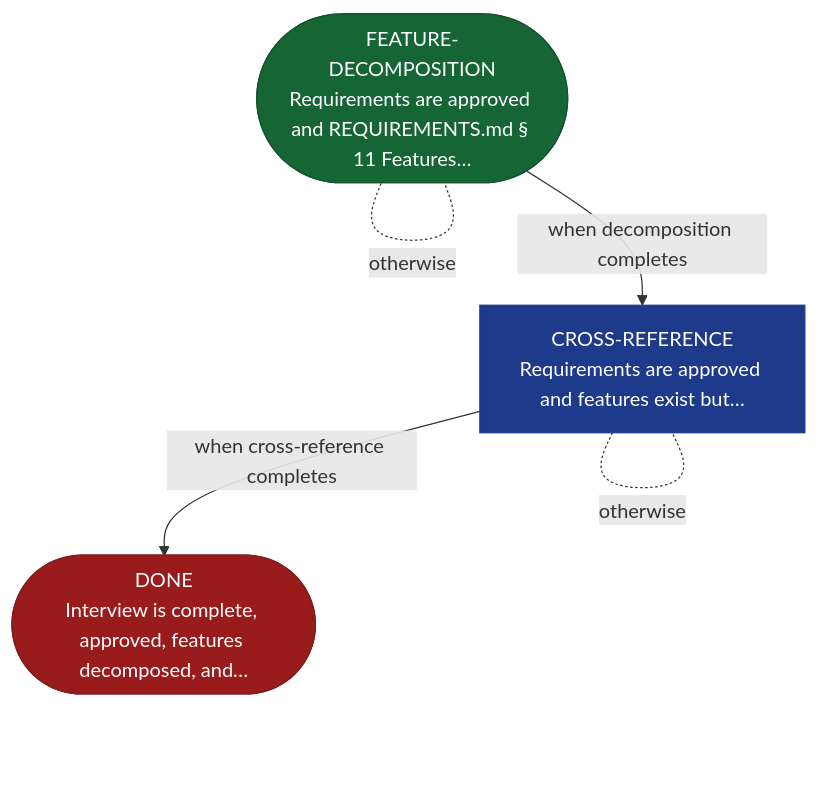
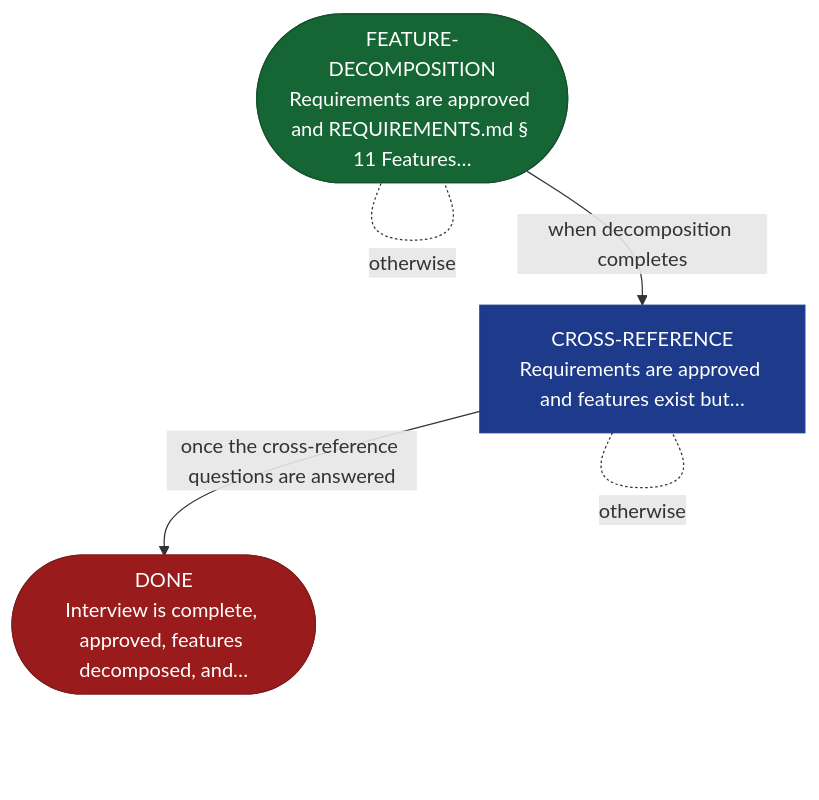
Before and after one commit to AndreVianna/aid-methodology: the diagram in site/src/content/docs/skills/aid-define.md, drawn with Mermaid. The commit also changed other lines of this file and 14 other files, not shown here.

````diff
--- a/site/src/content/docs/skills/aid-define.md
+++ b/site/src/content/docs/skills/aid-define.md
@@ -20,22 +20,22 @@
 ```mermaid
 flowchart TB
   classDef aidNode color:#fff
   classDef aidEntry fill:#166534,stroke:#14532d,color:#fff
   classDef aidExit fill:#991b1b,stroke:#7f1d1d,color:#fff
   classDef aidDecision fill:#92400e,stroke:#78350f,color:#fff
   classDef aidLoopBack fill:#1e3a8a,stroke:#1e3a8a,color:#fff
   classDef aidStep fill:#1a2035,stroke:#d4a853,color:#f1f5f9
   n1(["FEATURE-DECOMPOSITION<br/>Requirements are approved and REQUIREMENTS.md § 11 Features…"])
   n2["CROSS-REFERENCE<br/>Requirements are approved and features exist but…"]
   n3(["DONE<br/>Interview is complete, approved, features decomposed, and…"])
   n1 -. "otherwise" .- n1
   n1 -->|"when decomposition completes"| n2
   n2 -. "otherwise" .- n2
-  n2 -->|"when cross-reference completes"| n3
+  n2 -->|"once the cross-reference questions are answered"| n3
   class n1 aidEntry
   class n2 aidLoopBack
   class n3 aidExit
   class n1 aidNode
   class n2 aidNode
   class n3 aidNode
 ```
````
